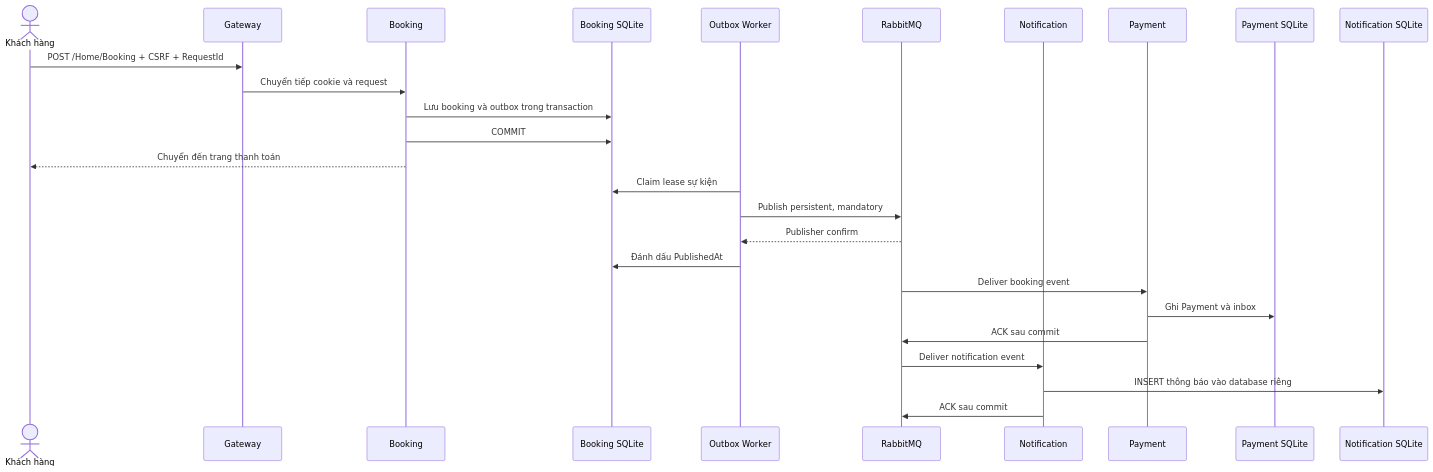
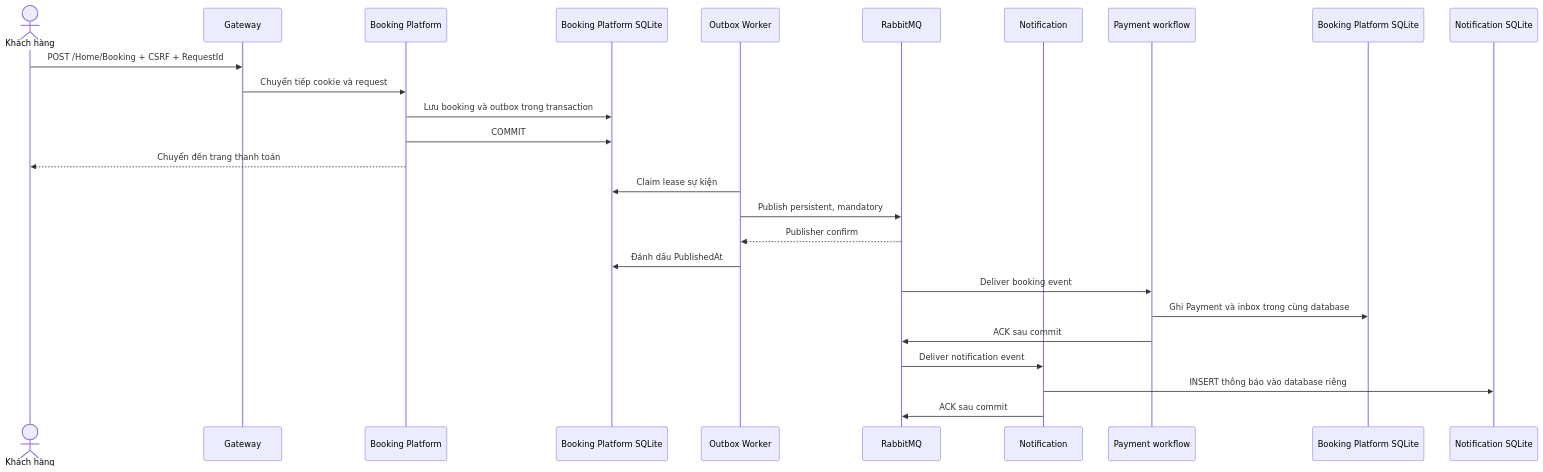
The second of 2 diagrams in docs/bao-cao-he-thong-phan-tan.md (dangvu2910/Tourbookingg), drawn with Mermaid before and after one commit. The commit also changed other lines of this file and 113 other files, not shown here.

````diff
--- a/docs/bao-cao-he-thong-phan-tan.md
+++ b/docs/bao-cao-he-thong-phan-tan.md
@@ -51,28 +45,28 @@
 ```mermaid
 sequenceDiagram
     actor Khach as Khách hàng
     participant G as Gateway
-    participant B as Booking
-    participant DB as Booking SQLite
+    participant B as Booking Platform
+    participant DB as Booking Platform SQLite
     participant W as Outbox Worker
     participant R as RabbitMQ
     participant N as Notification
-    participant P as Payment
-    participant PD as Payment SQLite
+    participant P as Payment workflow
+    participant PD as Booking Platform SQLite
     participant ND as Notification SQLite
     Khach->>G: POST /Home/Booking + CSRF + RequestId
     G->>B: Chuyển tiếp cookie và request
     B->>DB: Lưu booking và outbox trong transaction
     B->>DB: COMMIT
     B-->>Khach: Chuyển đến trang thanh toán
     W->>DB: Claim lease sự kiện
     W->>R: Publish persistent, mandatory
     R-->>W: Publisher confirm
     W->>DB: Đánh dấu PublishedAt
     R->>P: Deliver booking event
-    P->>PD: Ghi Payment và inbox
+    P->>PD: Ghi Payment và inbox trong cùng database
     P->>R: ACK sau commit
     R->>N: Deliver notification event
     N->>ND: INSERT thông báo vào database riêng
     N->>R: ACK sau commit
 ```
````
